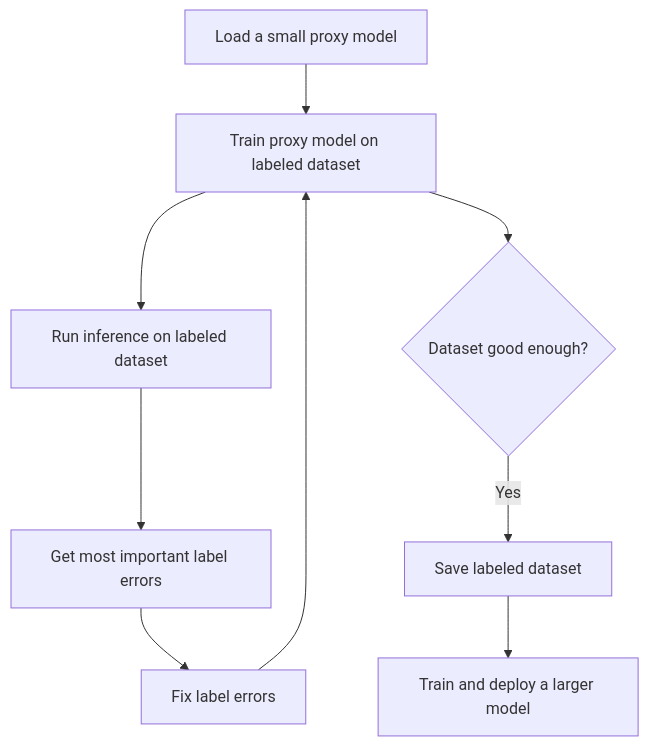
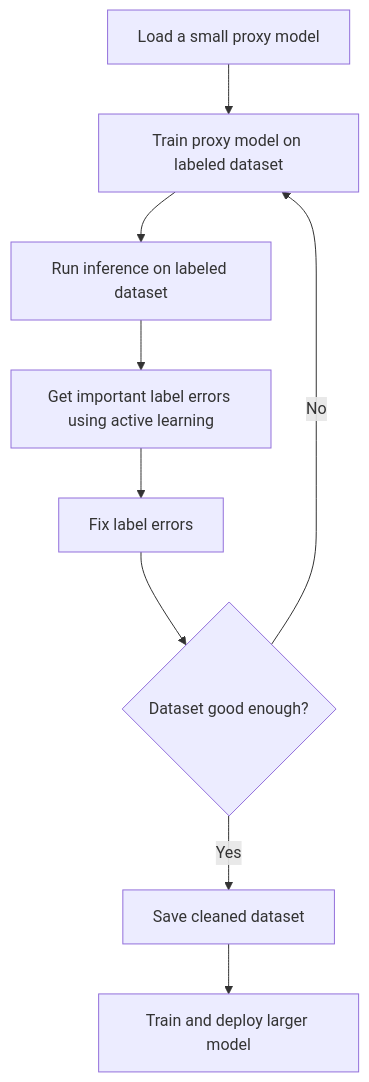
The second of 2 diagrams in README.md (dnth/active-learning-flywheel), drawn with Mermaid before and after one commit. The commit also changed other lines of this file, not shown here.

Commit message:
update mermaid diagram

````diff
--- a/README.md
+++ b/README.md
@@ -59,11 +61,11 @@
 ```mermaid
 graph TD
     A[Load a small proxy model] --> B[Train proxy model on labeled dataset]
     B --> C[Run inference on labeled dataset]
-    C --> D[Get most important label errors]
+    C --> D[Get important label errors using active learning]
     D --> E[Fix label errors]
-    E --> B
-    B --> F{Dataset good enough?}
-    F -->|Yes| G[Save labeled dataset]
-    G --> H[Train and deploy a larger model]
+    E --> F{Dataset good enough?}
+    F -->|No| B
+    F -->|Yes| G[Save cleaned dataset]
+    G --> H[Train and deploy larger model]
 ```
````
